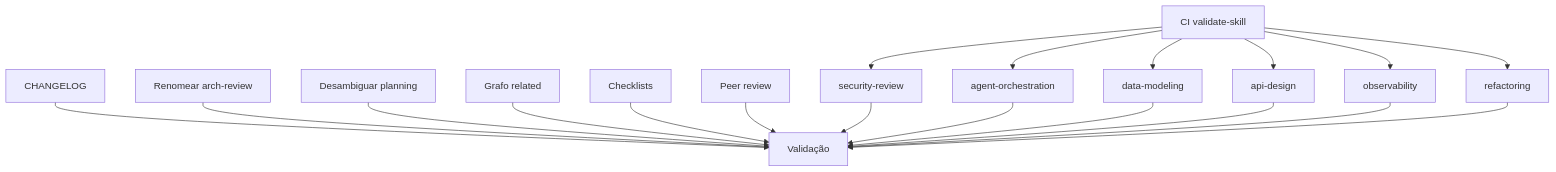
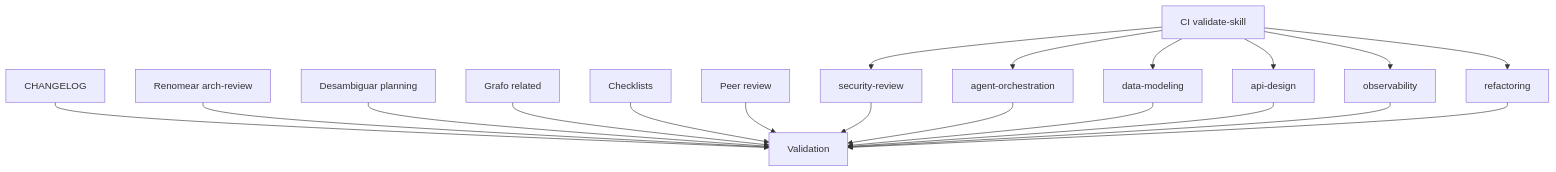
The diagram in skills/implementation/examples/complex-change.md (lscheffel/ignite-agents-skills), drawn with Mermaid before and after one commit. The commit also changed other lines of this file and 1024 other files, not shown here.

````diff
--- a/skills/implementation/examples/complex-change.md
+++ b/skills/implementation/examples/complex-change.md
@@ -59,21 +59,21 @@
 ```mermaid
 graph TD
     A1[CI validate-skill] --> B1[security-review]
     A1 --> B2[agent-orchestration]
     A1 --> B3[data-modeling]
     A1 --> B4[api-design]
     A1 --> B5[observability]
     A1 --> B6[refactoring]
-    A2[CHANGELOG] --> C1[Validação]
+    A2[CHANGELOG] --> C1[Validation]
     A3[Renomear arch-review] --> C1
     A4[Desambiguar planning] --> C1
     A5[Grafo related] --> C1
     A6[Checklists] --> C1
     A7[Peer review] --> C1
     B1 --> C1
     B2 --> C1
     B3 --> C1
     B4 --> C1
     B5 --> C1
     B6 --> C1
 ```
````
